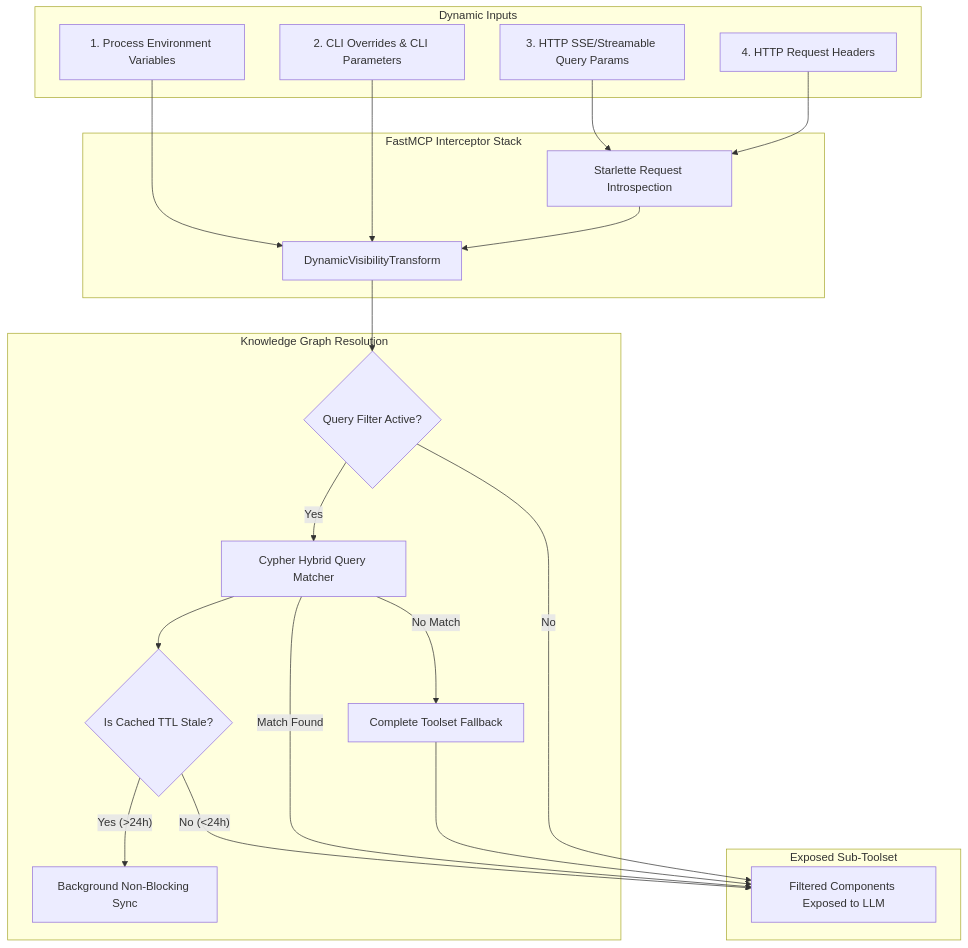
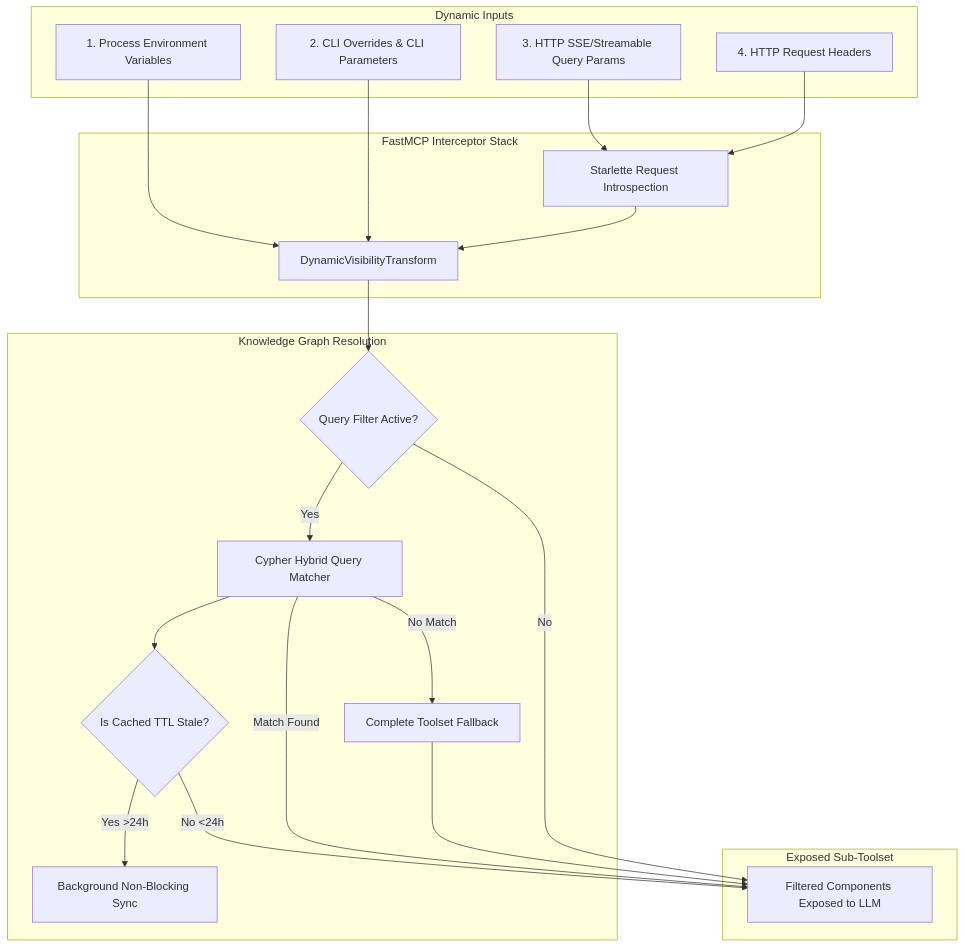
One commit to Knuckles-Team/agent-utilities changed the diagram in docs/guides/dynamic-tool-selection.md. Above: the diagram before and after it, drawn with Mermaid. The commit also changed 41 other files, not shown here.

````diff
--- a/docs/guides/dynamic-tool-selection.md
+++ b/docs/guides/dynamic-tool-selection.md
@@ -13,47 +13,47 @@
 ```mermaid
 flowchart TD
     %% Input Channels
     subgraph Inputs [Dynamic Inputs]
         Env[1. Process Environment Variables]
-        CLI[2. CLI Overrides & CLI Parameters]
+        CLI["2. CLI Overrides & CLI Parameters"]
         Query[3. HTTP SSE/Streamable Query Params]
         Headers[4. HTTP Request Headers]
     end
 
     %% Merger and Interceptor
     subgraph Interception [FastMCP Interceptor Stack]
         Transform[DynamicVisibilityTransform]
         Request[Starlette Request Introspection]
     end
 
     %% KG Resolution
     subgraph GraphOS [Knowledge Graph Resolution]
         KGCheck{Query Filter Active?}
         KGQuery[Cypher Hybrid Query Matcher]
         KGCache{Is Cached TTL Stale?}
         BGRefresh[Background Non-Blocking Sync]
         Fallback[Complete Toolset Fallback]
     end
 
     %% Execution Target
     subgraph Target [Exposed Sub-Toolset]
         ActiveTools[Filtered Components Exposed to LLM]
     end
 
     %% Wiring
     Env --> Transform
     CLI --> Transform
     Query --> Request
     Headers --> Request
     Request --> Transform
 
     Transform --> KGCheck
     KGCheck -- Yes --> KGQuery
     KGQuery --> KGCache
-    KGCache -- Yes (>24h) --> BGRefresh
-    KGCache -- No (<24h) --> ActiveTools
+    KGCache -->|Yes >24h| BGRefresh
+    KGCache -->|No <24h| ActiveTools
     KGQuery -- Match Found --> ActiveTools
     KGQuery -- No Match --> Fallback
     Fallback --> ActiveTools
     KGCheck -- No --> ActiveTools
 ```
````
